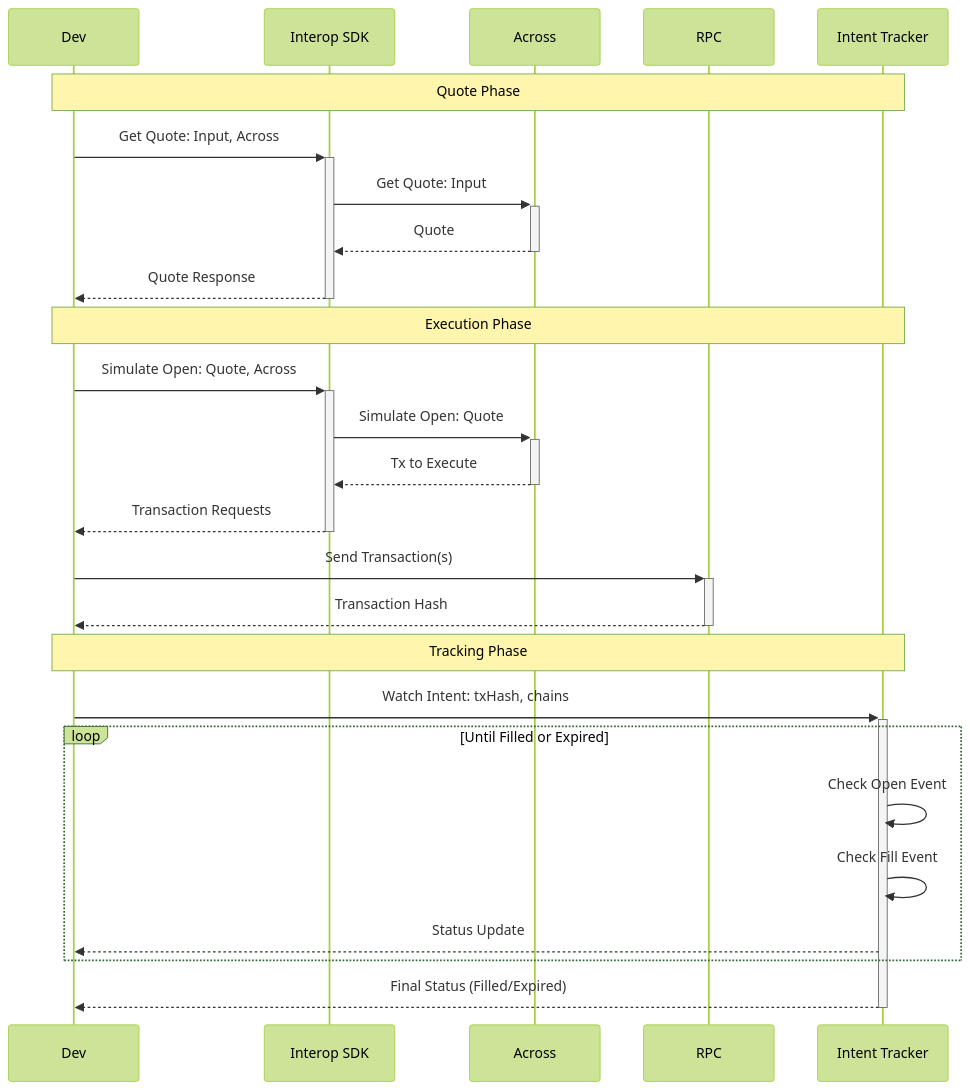
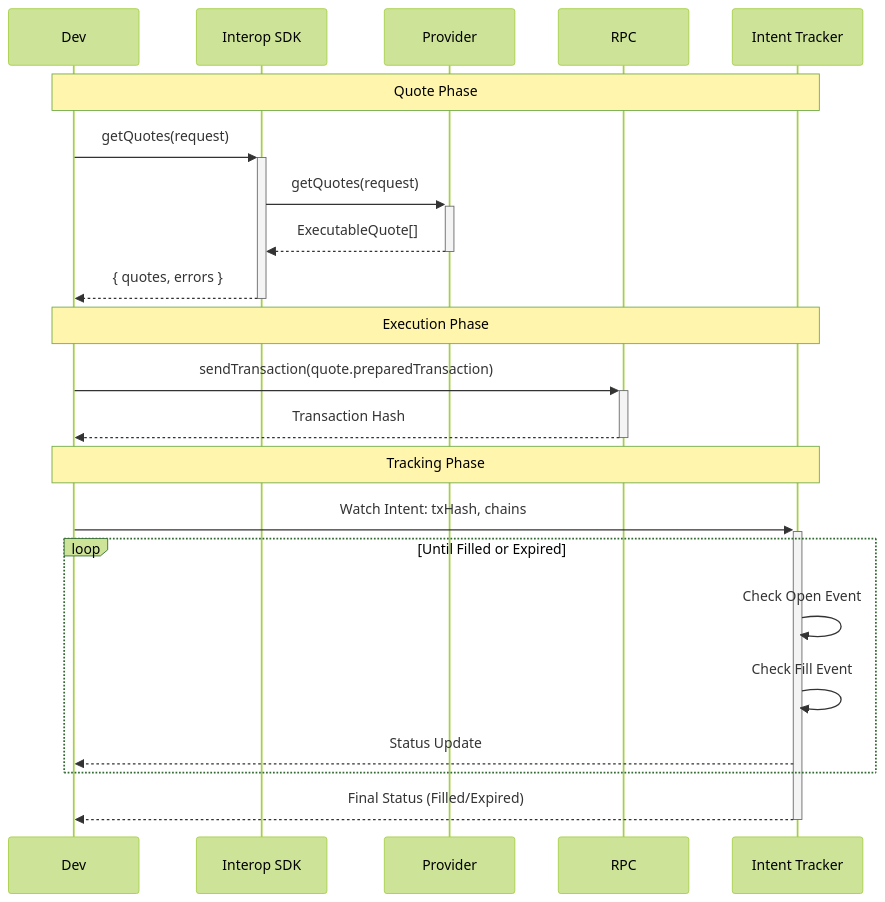
One commit to defi-wonderland/interop-sdk changed the diagram in apps/docs/docs/cross-chain/flow.md. Above: the diagram before and after it, drawn with Mermaid (forest theme). The commit also changed other lines of this file and 8 other files, not shown here.

````diff
--- a/apps/docs/docs/cross-chain/flow.md
+++ b/apps/docs/docs/cross-chain/flow.md
@@ -7,32 +7,27 @@
 ```mermaid
 sequenceDiagram
     participant dev as Dev
     participant sdk as Interop SDK
-    participant across as Across
+    participant provider as Provider
     participant rpc as RPC
     participant tracker as Intent Tracker
 
     Note over dev,tracker: Quote Phase
-    dev->>+sdk: Get Quote: Input, Across
-    sdk->>+across: Get Quote: Input
-    across-->>-sdk: Quote
-    sdk-->>-dev: Quote Response
+    dev->>+sdk: getQuotes(request)
+    sdk->>+provider: getQuotes(request)
+    provider-->>-sdk: ExecutableQuote[]
+    sdk-->>-dev: { quotes, errors }
 
     Note over dev,tracker: Execution Phase
-    dev->>+sdk: Simulate Open: Quote, Across
-    sdk->>+across: Simulate Open: Quote
-    across-->>-sdk: Tx to Execute
-    sdk-->>-dev: Transaction Requests
-
-    dev->>+rpc: Send Transaction(s)
+    dev->>+rpc: sendTransaction(quote.preparedTransaction)
     rpc-->>-dev: Transaction Hash
 
     Note over dev,tracker: Tracking Phase
     dev->>+tracker: Watch Intent: txHash, chains
     loop Until Filled or Expired
         tracker->>tracker: Check Open Event
         tracker->>tracker: Check Fill Event
         tracker-->>dev: Status Update
     end
     tracker-->>-dev: Final Status (Filled/Expired)
 ```
````
